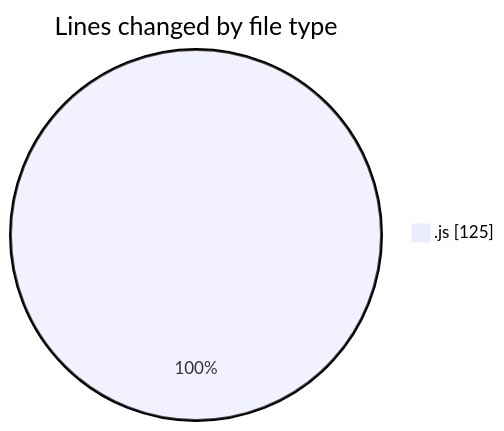
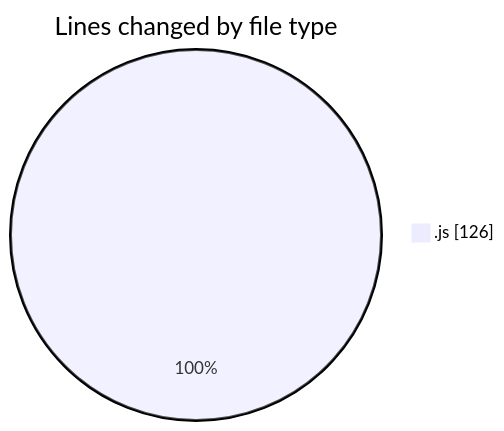
Before and after one commit to momahboobian/code-tracking: the first of 2 diagrams in 2025-08-12/cda/README.md, drawn with Mermaid. The commit also changed other lines of this file and 1 other file, not shown here.

````diff
--- a/2025-08-12/cda/README.md
+++ b/2025-08-12/cda/README.md
@@ -23,5 +23,5 @@
 ```mermaid
 pie showData
 title Lines changed by file type
-".js" : 125
+".js" : 126
 ```
````
